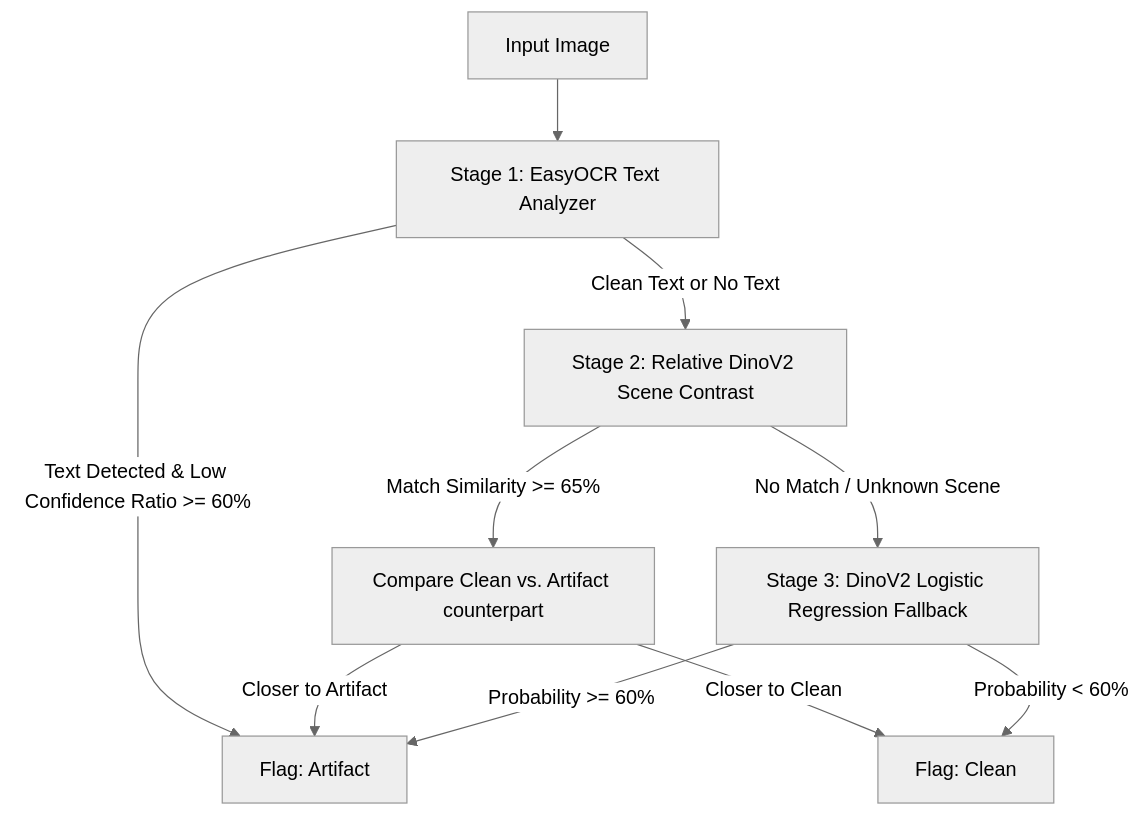
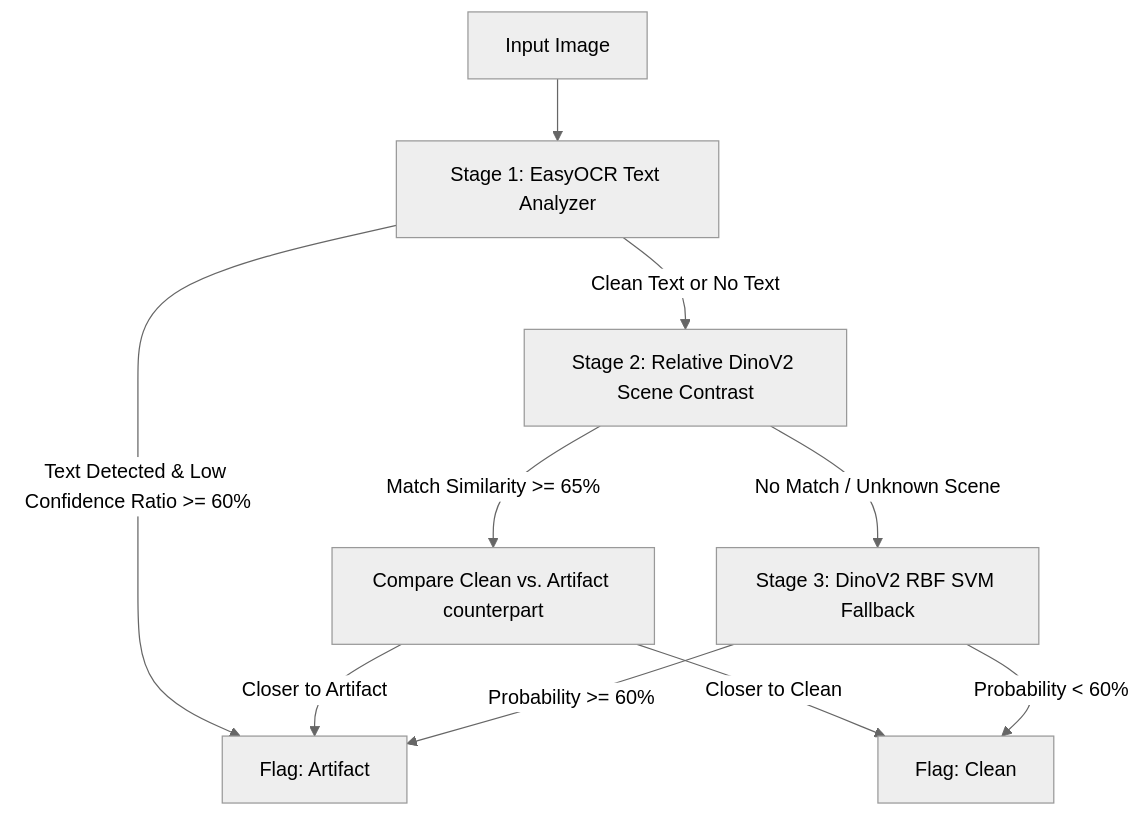
The diagram in README.md (Harshitama/ai-video-artifact-detector), drawn with Mermaid (neutral theme) before and after one commit. The commit also changed other lines of this file and 1 other file, not shown here.

````diff
--- a/README.md
+++ b/README.md
@@ -16,12 +16,12 @@
 ```mermaid
 graph TD
     A[Input Image] --> B[Stage 1: EasyOCR Text Analyzer]
     B -->|Text Detected & Low Confidence Ratio >= 60%| C[Flag: Artifact]
     B -->|Clean Text or No Text| D[Stage 2: Relative DinoV2 Scene Contrast]
     D -->|Match Similarity >= 65%| E[Compare Clean vs. Artifact counterpart]
     E -->|Closer to Artifact| C
     E -->|Closer to Clean| F[Flag: Clean]
-    D -->|No Match / Unknown Scene| G[Stage 3: DinoV2 Logistic Regression Fallback]
+    D -->|No Match / Unknown Scene| G[Stage 3: DinoV2 RBF SVM Fallback]
     G -->|Probability >= 60%| C
     G -->|Probability < 60%| F
 ```
````
